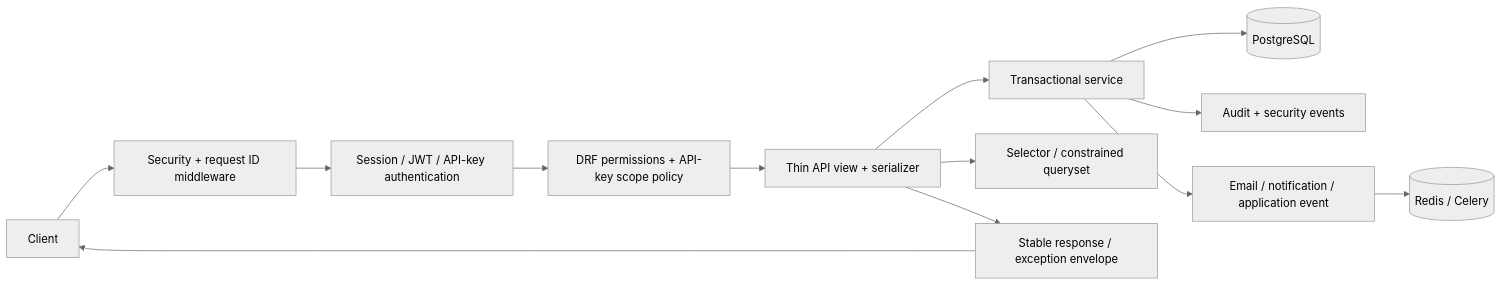
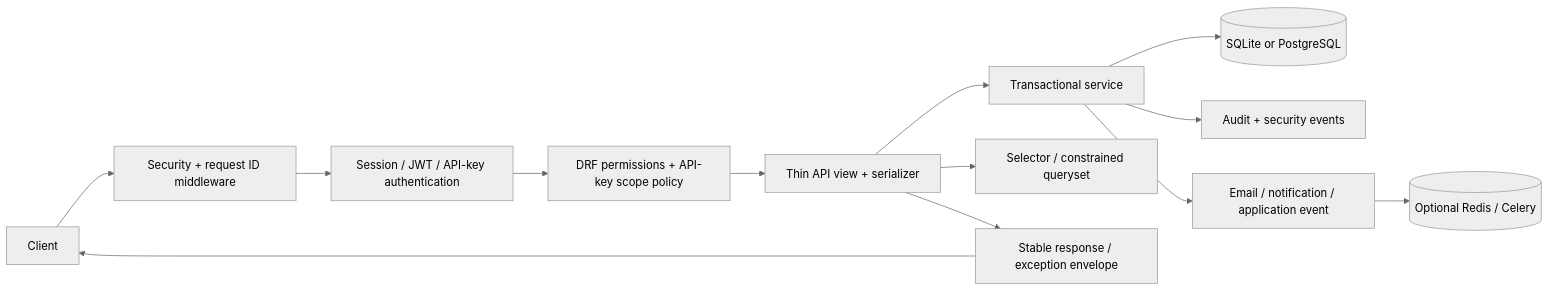
One commit to MRsuffixx/Django-Boilderplate changed the first of 2 diagrams in docs/ARCHITECTURE.md. Above: the diagram before and after it, drawn with Mermaid (neutral theme). The commit also changed other lines of this file and 41 other files, not shown here.

````diff
--- a/docs/ARCHITECTURE.md
+++ b/docs/ARCHITECTURE.md
@@ -29,15 +29,15 @@
 ```mermaid
 flowchart LR
     C["Client"] --> S["Security + request ID middleware"]
     S --> A["Session / JWT / API-key authentication"]
     A --> P["DRF permissions + API-key scope policy"]
     P --> V["Thin API view + serializer"]
     V --> SV["Transactional service"]
     V --> Q["Selector / constrained queryset"]
-    SV --> DB[("PostgreSQL")]
+    SV --> DB[("SQLite or PostgreSQL")]
     SV --> AU["Audit + security events"]
     SV --> E["Email / notification / application event"]
-    E --> R[("Redis / Celery")]
+    E --> R[("Optional Redis / Celery")]
     V --> X["Stable response / exception envelope"]
     X --> C
 ```
````
